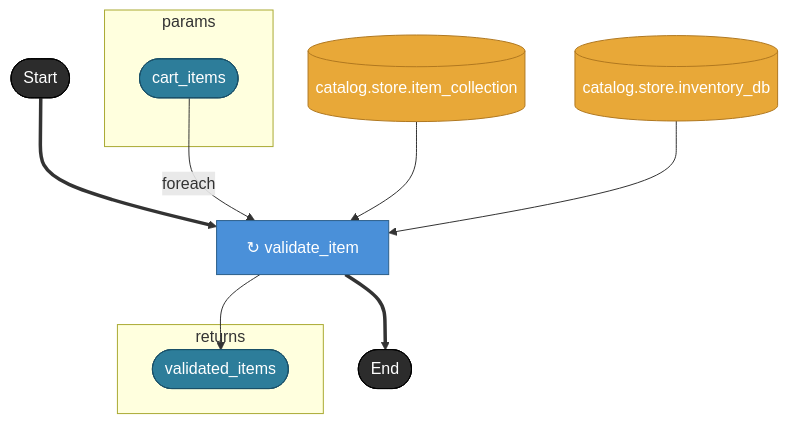
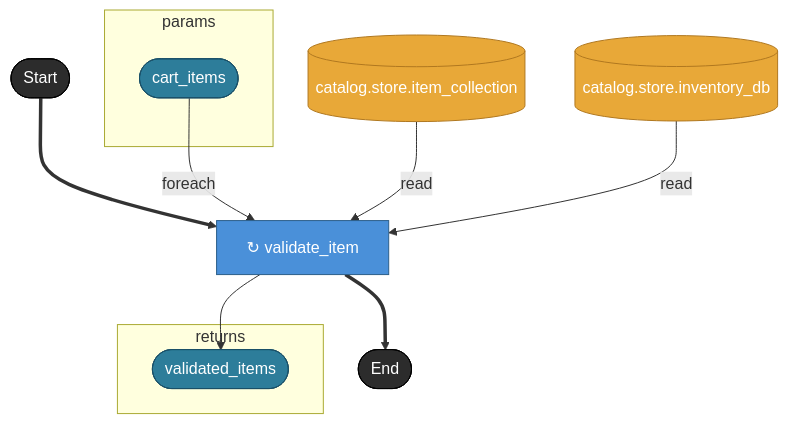
Before and after one commit to hiroshiasayadev-prog/brewprint: the second of 4 diagrams in docs/uc/001-ec-checkout-flow/docs/render-dag.md, drawn with Mermaid. The commit also changed other lines of this file and 2 other files, not shown here.

First line of the commit message:
docs: label DAG store access edges

````diff
--- a/docs/uc/001-ec-checkout-flow/docs/render-dag.md
+++ b/docs/uc/001-ec-checkout-flow/docs/render-dag.md
@@ -45,27 +45,27 @@
 ```mermaid
 flowchart TD
   subgraph params
     cart_items([cart_items])
   end
   subgraph returns
     validated_items([validated_items])
   end
 
   _start([Start]) ==> validate_item["↻ validate_item"]
   cart_items --"foreach"--> validate_item
 
-  item_collection[(catalog.store.item_collection)] --> validate_item
-  inventory_db[(catalog.store.inventory_db)] --> validate_item
+  item_collection[(catalog.store.item_collection)] -- "read" --> validate_item
+  inventory_db[(catalog.store.inventory_db)] -- "read" --> validate_item
 
   validate_item --> validated_items
   validate_item ==> _end([End])
 
   classDef taskNode     fill:#4A90D9,stroke:#2C5F8A,color:#fff
   classDef storeNode    fill:#E8A838,stroke:#B07820,color:#fff
   classDef terminalNode fill:#2C2C2C,stroke:#000,color:#fff
   classDef boundaryNode fill:#2D7D9A,stroke:#1A5068,color:#fff
   class validate_item taskNode
   class item_collection,inventory_db storeNode
   class _start,_end terminalNode
   class cart_items,validated_items boundaryNode
 ```
````
